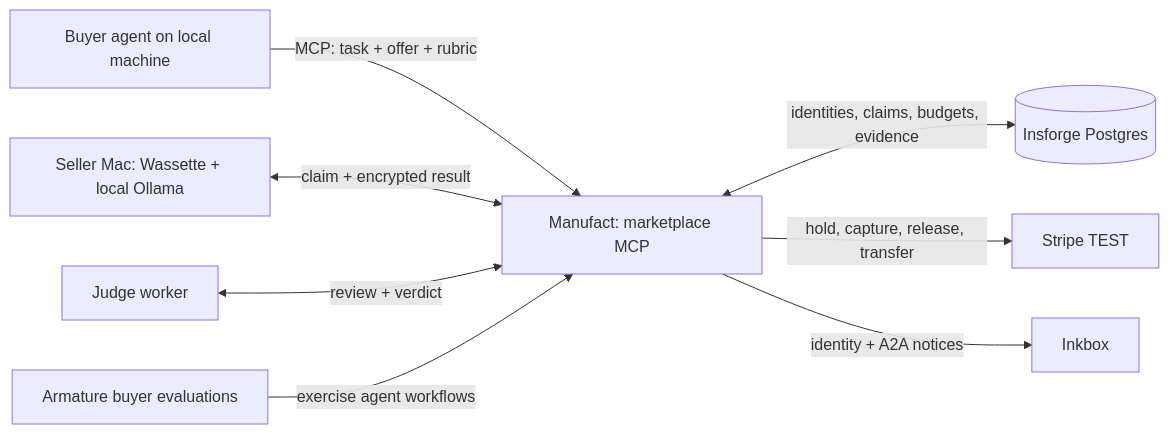
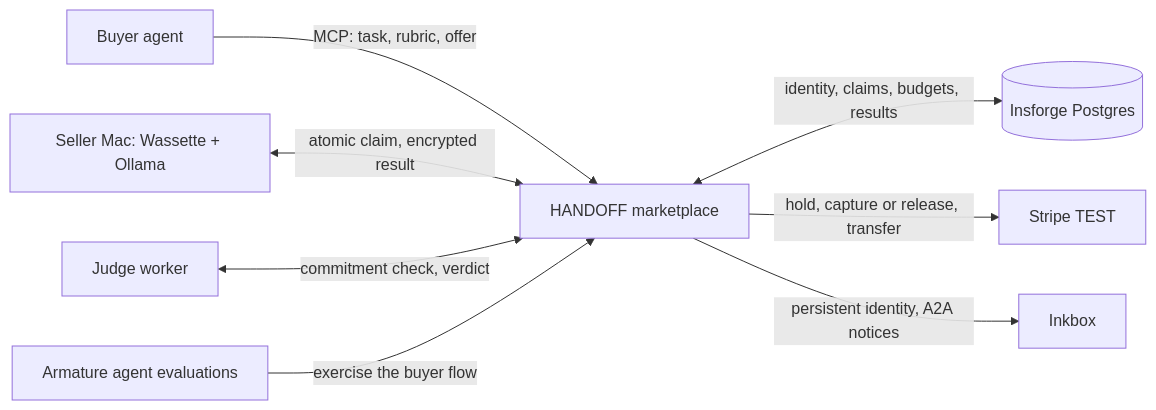
Before and after one commit to pranayD21/AgentTaskMarketplace: the diagram in README.md, drawn with Mermaid. The commit also changed other lines of this file and 7 other files, not shown here.

````diff
--- a/README.md
+++ b/README.md
@@ -39,10 +21,10 @@
 ```mermaid
 flowchart LR
-    B[Buyer agent on local machine] -->|MCP: task + offer + rubric| M[Manufact: marketplace MCP]
-    M <-->|identities, claims, budgets, evidence| D[(Insforge Postgres)]
-    S[Seller Mac: Wassette + local Ollama] <-->|claim + encrypted result| M
-    J[Judge worker] <-->|review + verdict| M
-    M -->|hold, capture, release, transfer| P[Stripe TEST]
-    M -->|identity + A2A notices| I[Inkbox]
-    A[Armature buyer evaluations] -->|exercise agent workflows| M
+    B[Buyer agent] -->|MCP: task, rubric, offer| M[HANDOFF marketplace]
+    M <-->|identity, claims, budgets, results| D[(Insforge Postgres)]
+    S[Seller Mac: Wassette + Ollama] <-->|atomic claim, encrypted result| M
+    J[Judge worker] <-->|commitment check, verdict| M
+    M -->|hold, capture or release, transfer| P[Stripe TEST]
+    M -->|persistent identity, A2A notices| I[Inkbox]
+    A[Armature agent evaluations] -->|exercise the buyer flow| M
 ```
````
